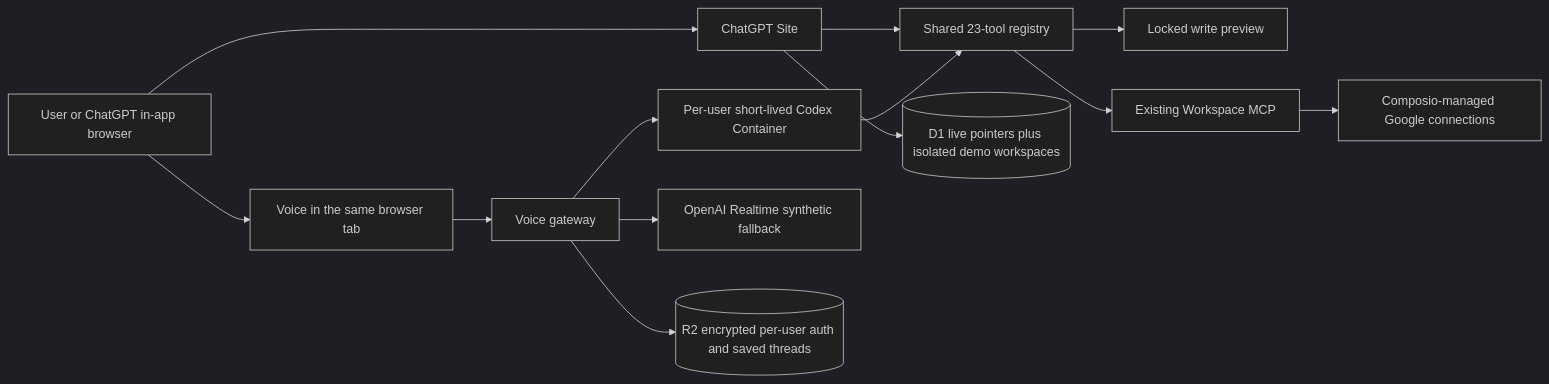
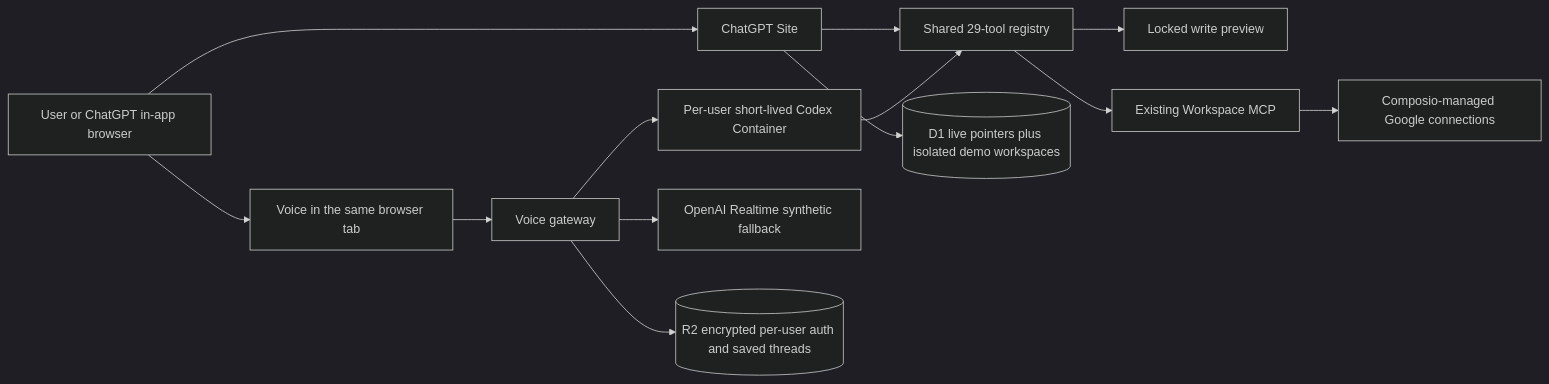
One commit to manikv12/OpenAssist changed the diagram in docs/workspace-architecture.md. Above: the diagram before and after it, drawn with Mermaid (dark theme). The commit also changed other lines of this file and 7 other files, not shown here.

````diff
--- a/docs/workspace-architecture.md
+++ b/docs/workspace-architecture.md
@@ -5,15 +5,15 @@
 ```mermaid
 flowchart LR
   U[User or ChatGPT in-app browser] --> S[ChatGPT Site]
   U --> V[Voice in the same browser tab]
-  S --> R[Shared 23-tool registry]
+  S --> R[Shared 29-tool registry]
   V --> G[Voice gateway]
   G --> C[Per-user short-lived Codex Container]
   G --> A[OpenAI Realtime synthetic fallback]
   C --> R
   R --> P[Locked write preview]
   R --> M[Existing Workspace MCP]
   M --> O[Composio-managed Google connections]
   S --> D[(D1 live pointers plus isolated demo workspaces)]
   G --> E[(R2 encrypted per-user auth and saved threads)]
 ```
````
